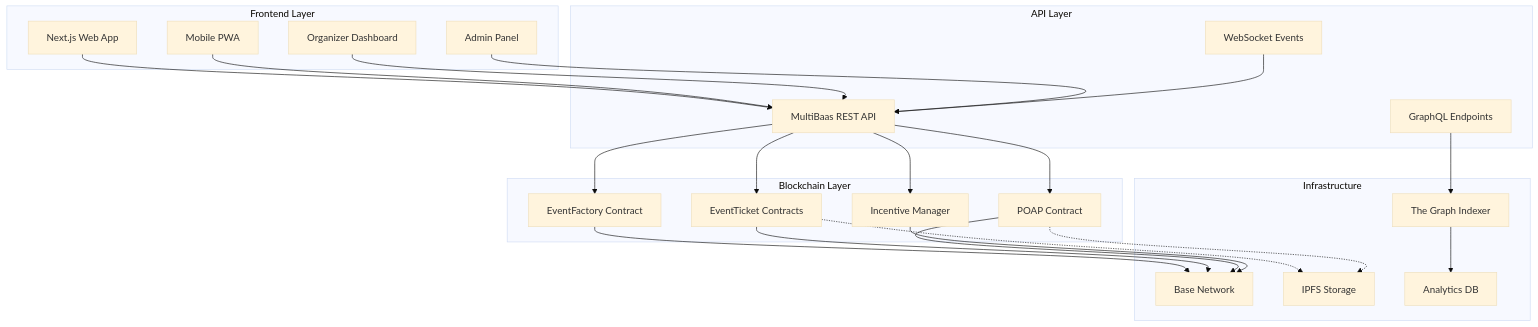
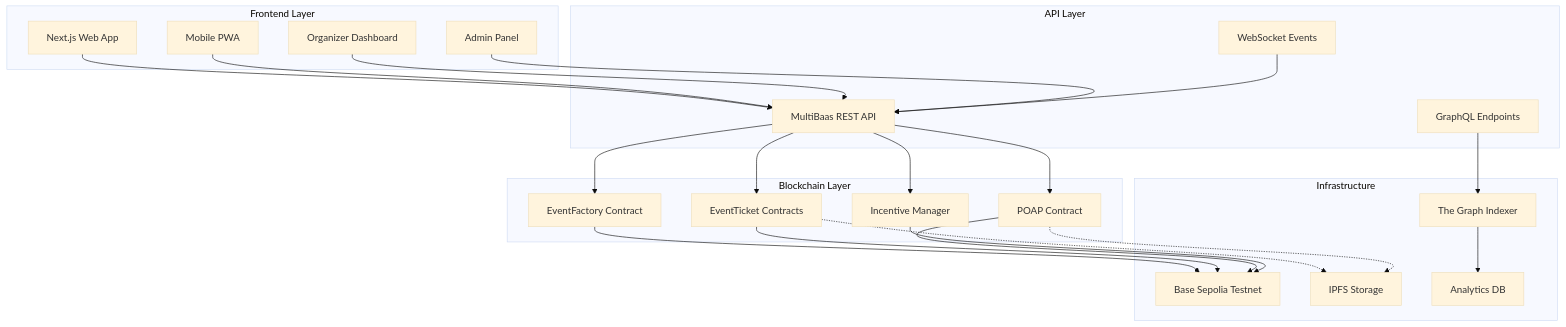
The first of 4 diagrams in docs/architecture/README.md (Emertechs-Labs/e-chain), drawn with Mermaid (base theme) before and after one commit. The commit also changed other lines of this file and 158 other files, not shown here.

````diff
--- a/docs/architecture/README.md
+++ b/docs/architecture/README.md
@@ -17,51 +19,51 @@
 ```mermaid
 graph TB
     subgraph "Frontend Layer"
         A[Next.js Web App]
         B[Mobile PWA]
         C[Organizer Dashboard]
         D[Admin Panel]
     end
-    
+
     subgraph "API Layer"
         E[MultiBaas REST API]
         F[GraphQL Endpoints]
         G[WebSocket Events]
     end
-    
+
     subgraph "Blockchain Layer"
         H[EventFactory Contract]
         I[EventTicket Contracts]
         J[POAP Contract]
         K[Incentive Manager]
     end
-    
+
     subgraph "Infrastructure"
-        L[Base Network]
+        L[Base Sepolia Testnet]
         M[IPFS Storage]
         N[The Graph Indexer]
         O[Analytics DB]
     end
-    
+
     A --> E
     B --> E
     C --> E
     D --> E
-    
+
     E --> H
     E --> I
     E --> J
     E --> K
-    
+
     F --> N
     G --> E
-    
+
     H --> L
     I --> L
     J --> L
     K --> L
-    
+
     I -.-> M
     J -.-> M
     N --> O
 ```
````
